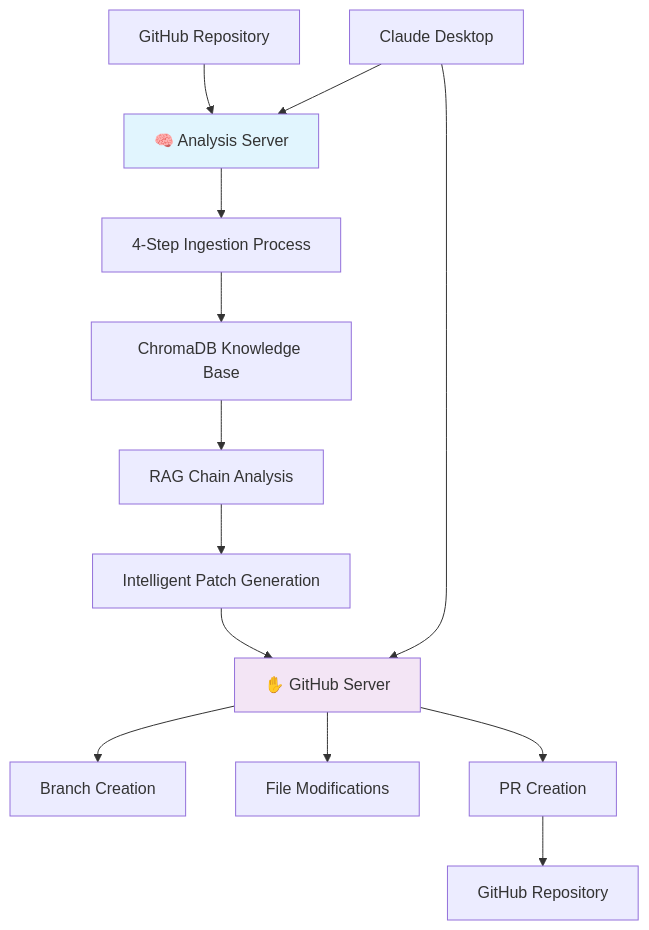
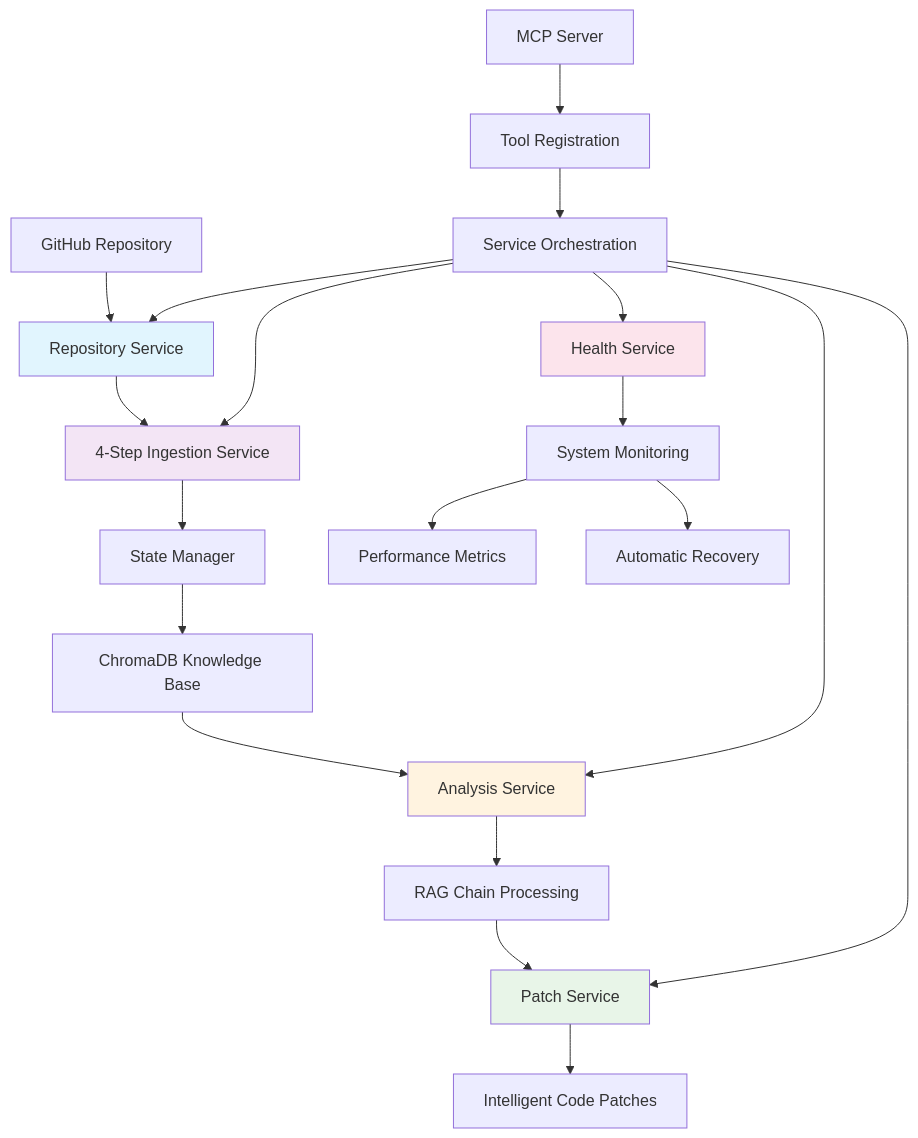
The diagram in README.md (devdattatalele/git-summary), drawn with Mermaid before and after one commit. The commit also changed other lines of this file and 20 other files, not shown here.

````diff
--- a/README.md
+++ b/README.md
@@ -277,20 +163,30 @@
 ```mermaid
 graph TB
-    A[GitHub Repository] --> B[🧠 Analysis Server]
-    B --> C[4-Step Ingestion Process]
-    C --> D[ChromaDB Knowledge Base]
-    D --> E[RAG Chain Analysis]
-    E --> F[Intelligent Patch Generation]
+    A[GitHub Repository] --> B[Repository Service]
+    B --> C[4-Step Ingestion Service]
+    C --> D[State Manager]
+    D --> E[ChromaDB Knowledge Base]
     
-    F --> G[✋ GitHub Server]
-    G --> H[Branch Creation]
-    G --> I[File Modifications]
-    G --> J[PR Creation]
-    J --> K[GitHub Repository]
+    E --> F[Analysis Service]
+    F --> G[RAG Chain Processing]
+    G --> H[Patch Service]
+    H --> I[Intelligent Code Patches]
     
-    L[Claude Desktop] --> B
-    L --> G
+    J[Health Service] --> K[System Monitoring]
+    K --> L[Performance Metrics]
+    K --> M[Automatic Recovery]
+    
+    N[MCP Server] --> O[Tool Registration]
+    O --> P[Service Orchestration]
+    P --> B
+    P --> C
+    P --> F
+    P --> H
+    P --> J
     
     style B fill:#e1f5fe
-    style G fill:#f3e5f5
+    style C fill:#f3e5f5  
+    style F fill:#fff3e0
+    style H fill:#e8f5e8
+    style J fill:#fce4ec
 ```
````
